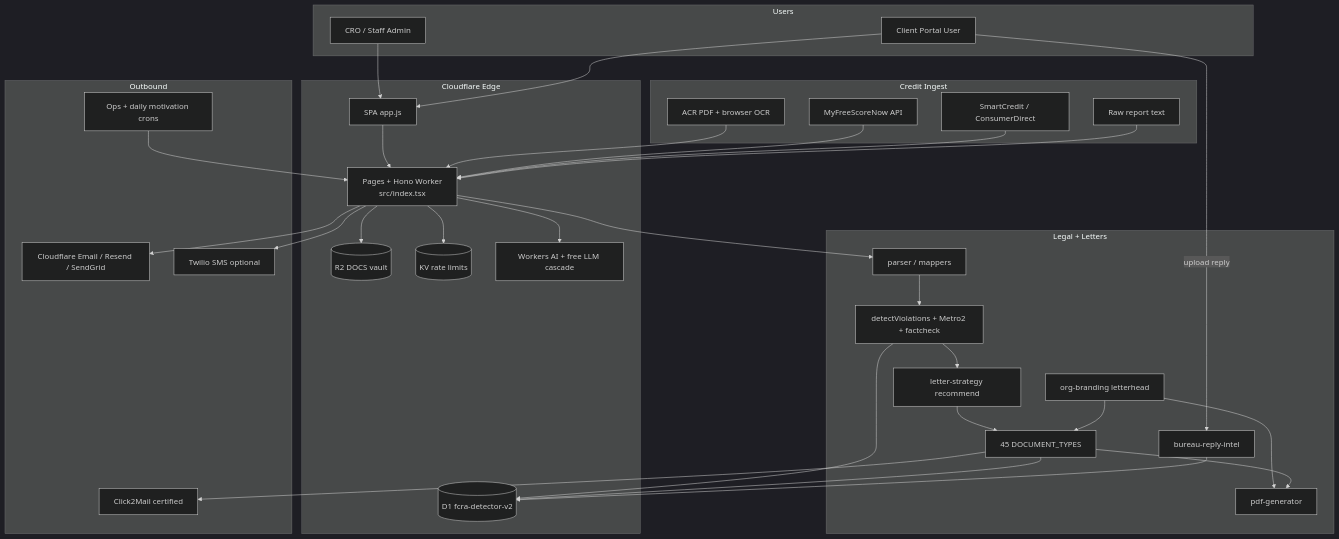
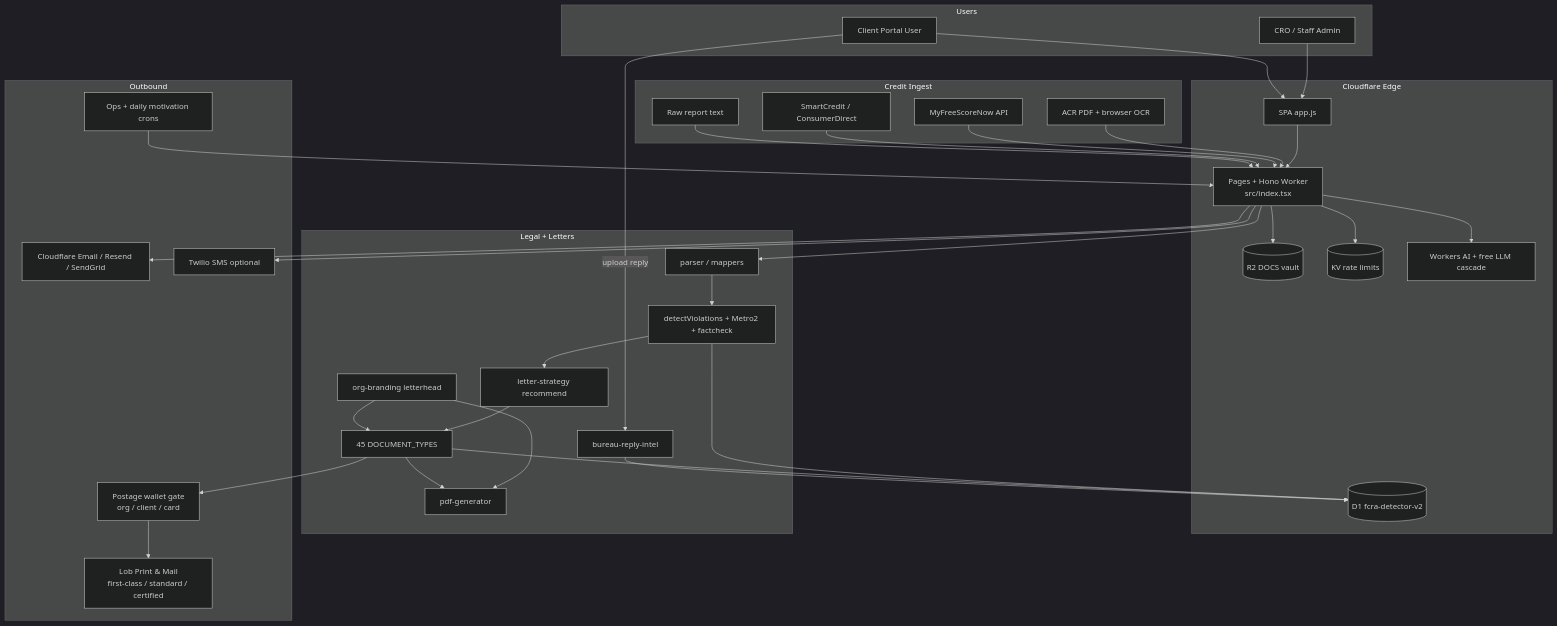
Before and after one commit to rjbizsolution23-wq/smart-FCRA: the first of 2 diagrams in docs/ARCHITECTURE_BLUEPRINT.md, drawn with Mermaid (dark theme). The commit also changed other lines of this file and 14 other files, not shown here.

````diff
--- a/docs/ARCHITECTURE_BLUEPRINT.md
+++ b/docs/ARCHITECTURE_BLUEPRINT.md
@@ -11,61 +11,64 @@
 ```mermaid
 flowchart TB
   subgraph clients [Users]
     CRO[CRO / Staff Admin]
     Consumer[Client Portal User]
   end
 
   subgraph edge [Cloudflare Edge]
     Pages[Pages + Hono Worker<br/>src/index.tsx]
     SPA[SPA app.js]
     D1[(D1 fcra-detector-v2)]
     R2[(R2 DOCS vault)]
     KV[(KV rate limits)]
     AI[Workers AI + free LLM cascade]
   end
 
   subgraph ingest [Credit Ingest]
     ACR[ACR PDF + browser OCR]
     MFSN[MyFreeScoreNow API]
     SC[SmartCredit / ConsumerDirect]
     TXT[Raw report text]
   end
 
   subgraph engine [Legal + Letters]
     Parse[parser / mappers]
     Det[detectViolations + Metro2 + factcheck]
     Strat[letter-strategy recommend]
     Docs[45 DOCUMENT_TYPES]
     Brand[org-branding letterhead]
     PDF[pdf-generator]
     Reply[bureau-reply-intel]
   end
 
   subgraph outbound [Outbound]
     Email[Cloudflare Email / Resend / SendGrid]
-    C2M[Click2Mail certified]
+    Postage[Postage wallet gate
+org / client / card]
+    Lob[Lob Print & Mail
+first-class / standard / certified]
     SMS[Twilio SMS optional]
     Cron[Ops + daily motivation crons]
   end
 
   CRO --> SPA --> Pages
   Consumer --> SPA
   ACR --> Pages
   MFSN --> Pages
   SC --> Pages
   TXT --> Pages
   Pages --> Parse --> Det --> D1
   Det --> Strat --> Docs
   Brand --> Docs
   Brand --> PDF
   Docs --> D1
   Docs --> PDF
-  Docs --> C2M
+  Docs --> Postage --> Lob
   Pages --> R2
   Consumer -->|upload reply| Reply --> D1
   Pages --> Email
   Pages --> SMS
   Cron --> Pages
   Pages --> AI
   Pages --> KV
 ```
````
